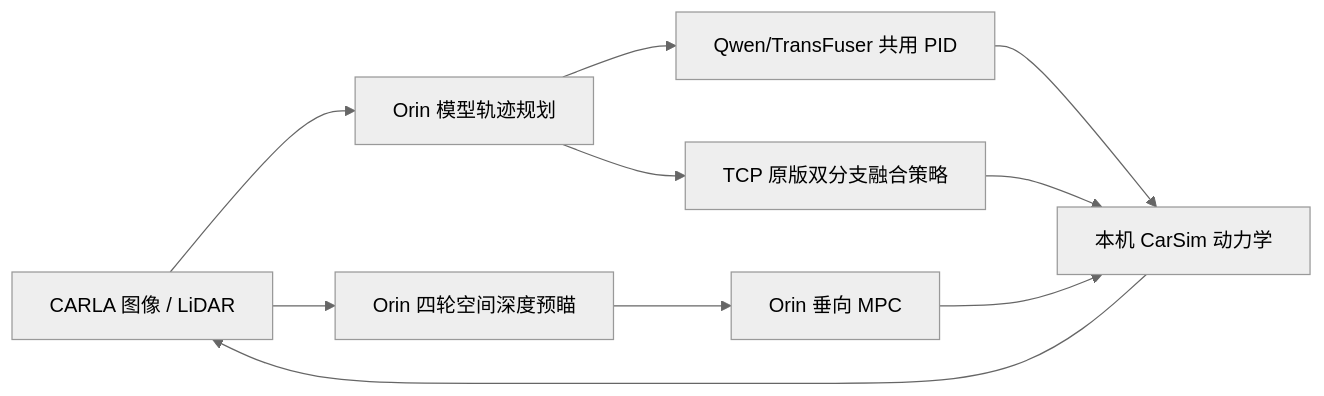
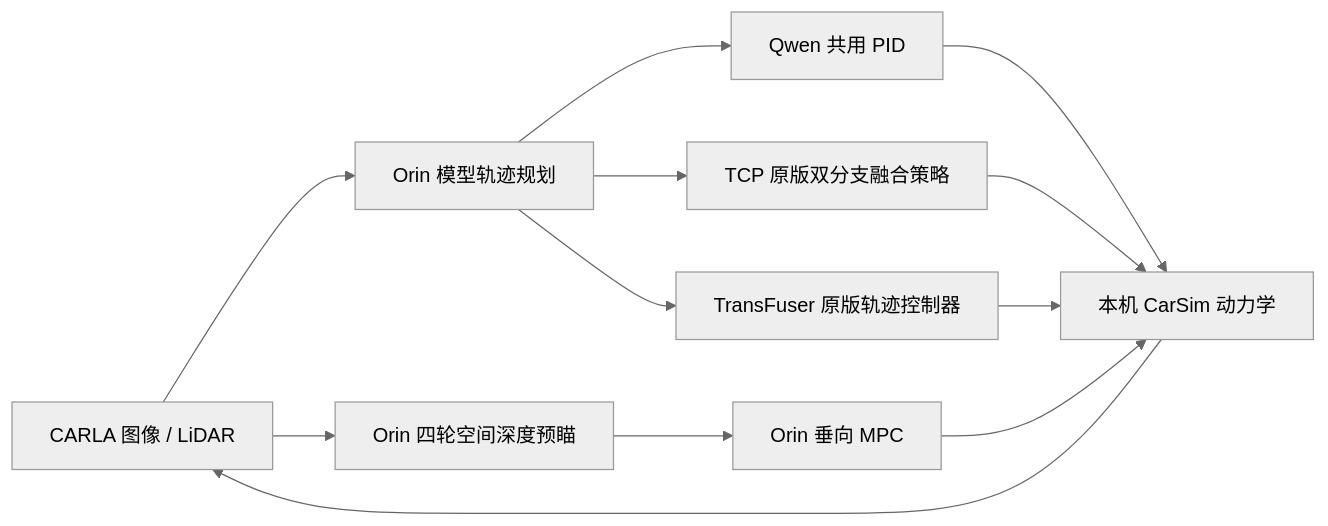
The diagram in carsim_mpc_quick/orin/AUTODRIVING.md (LuckySweetRain/suspension_control_all), drawn with Mermaid (neutral theme) before and after one commit. The commit also changed other lines of this file and 9 other files, not shown here.

````diff
--- a/carsim_mpc_quick/orin/AUTODRIVING.md
+++ b/carsim_mpc_quick/orin/AUTODRIVING.md
@@ -8,12 +8,14 @@
 ```mermaid
 flowchart LR
   CARLA[CARLA 图像 / LiDAR] --> Planner[Orin 模型轨迹规划]
-  Planner --> PID[Qwen/TransFuser 共用 PID]
+  Planner --> PID[Qwen 共用 PID]
   Planner --> TCP[TCP 原版双分支融合策略]
+  Planner --> TF[TransFuser 原版轨迹控制器]
   CARLA --> Depth[Orin 四轮空间深度预瞄]
   Depth --> MPC[Orin 垂向 MPC]
   PID --> CarSim[本机 CarSim 动力学]
   TCP --> CarSim
+  TF --> CarSim
   MPC --> CarSim
   CarSim --> CARLA
 ```
````
